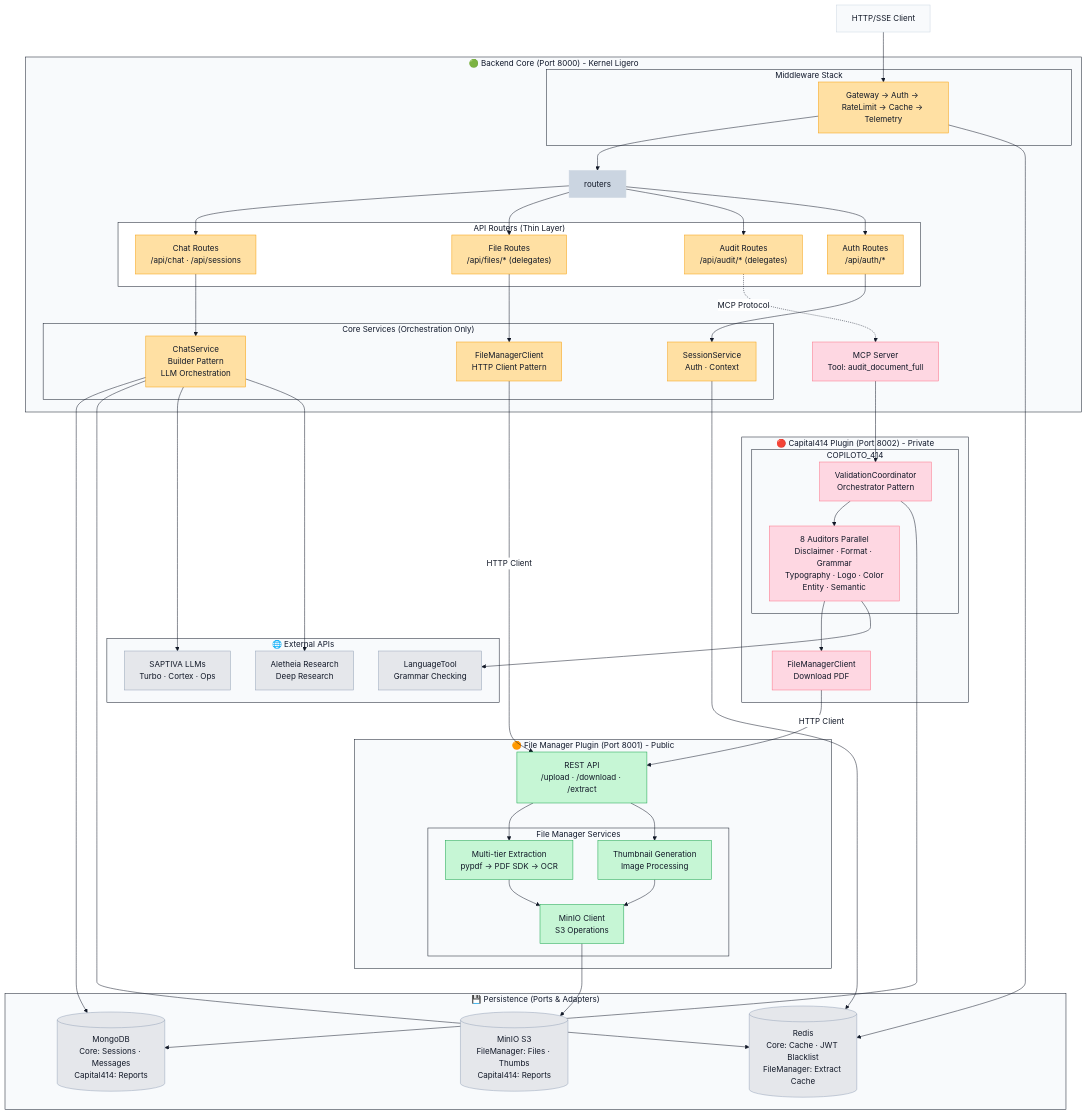
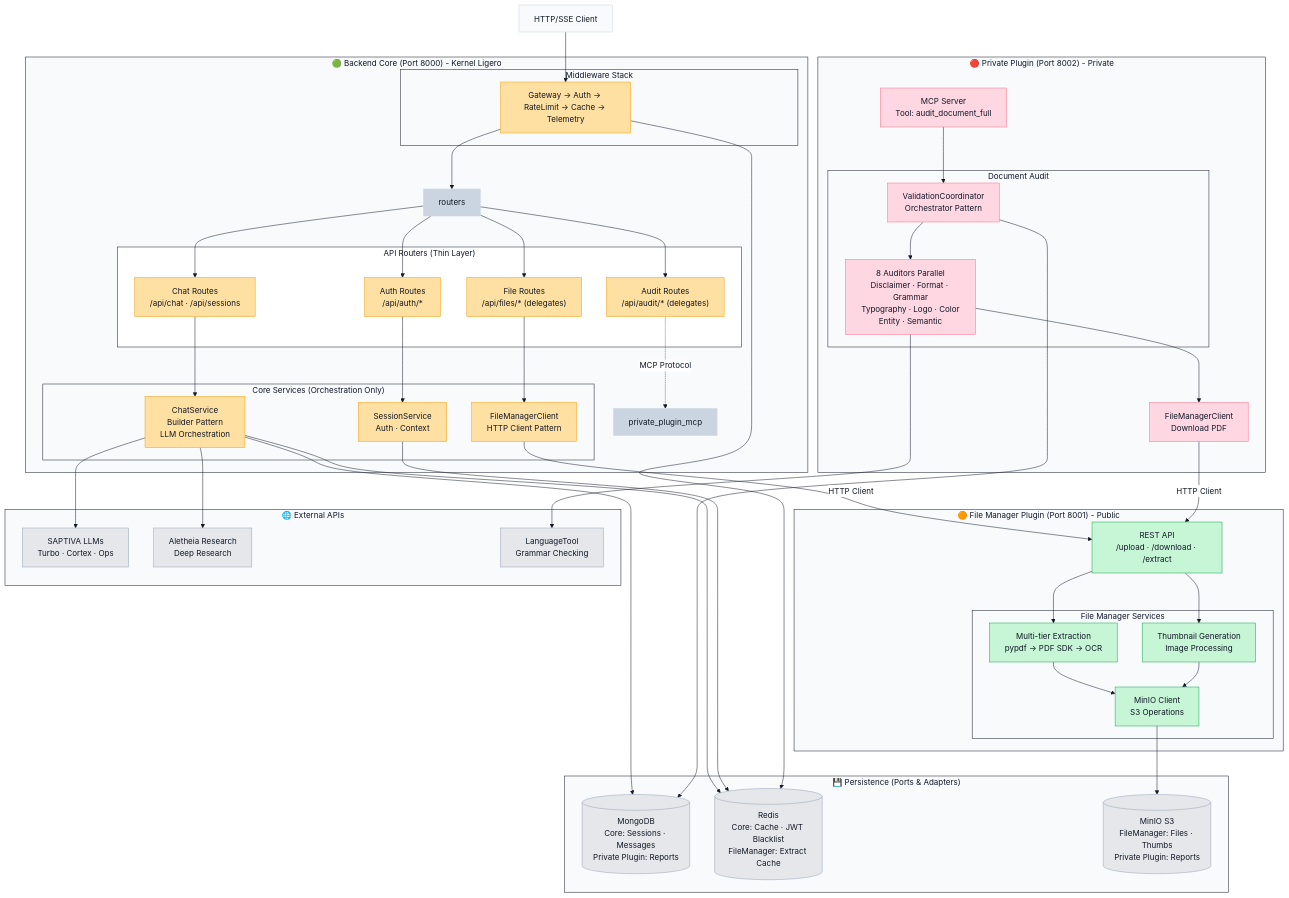
One commit to saptiva-ai/octavios-chat changed the sixth of 11 diagrams in README.md. Above: the diagram before and after it, drawn with Mermaid. The commit also changed other lines of this file, not shown here.

Commit message:
docs: replace capital414/COPILOTO_414 references with generic plugin-private naming

```diff
--- a/README.md
+++ b/README.md
@@ -912,7 +912,7 @@
 
         chat_r --> chat_svc
         files_r --> fm_client
-        audit_r -.->|"MCP Protocol"| capital414_mcp
+        audit_r -.->|"MCP Protocol"| private_plugin_mcp
         auth_r --> session_svc
     end
 
@@ -933,27 +933,27 @@
 
     fm_client -->|"HTTP Client"| fm_api
 
-    subgraph Capital414Plugin["🔴 Capital414 Plugin (Port 8002) - Private"]
-        capital414_mcp["MCP Server<br/>Tool: audit_document_full"]:::plugin_private
+    subgraph PrivatePlugin["🔴 Private Plugin (Port 8002) - Private"]
+        private_mcp["MCP Server<br/>Tool: audit_document_full"]:::plugin_private
 
-        subgraph COPILOTO["COPILOTO_414"]
+        subgraph AuditSystem["Document Audit"]
             validator["ValidationCoordinator<br/>Orchestrator Pattern"]:::plugin_private
             auditores["8 Auditors Parallel<br/>Disclaimer · Format · Grammar<br/>Typography · Logo · Color<br/>Entity · Semantic"]:::plugin_private
         end
 
-        c414_fm_client["FileManagerClient<br/>Download PDF"]:::plugin_private
+        private_fm_client["FileManagerClient<br/>Download PDF"]:::plugin_private
 
-        capital414_mcp --> validator
+        private_mcp --> validator
         validator --> auditores
-        auditores --> c414_fm_client
+        auditores --> private_fm_client
     end
 
-    c414_fm_client -->|"HTTP Client"| fm_api
+    private_fm_client -->|"HTTP Client"| fm_api
 
     subgraph Persistence["💾 Persistence (Ports & Adapters)"]
-        mongo[("MongoDB<br/>Core: Sessions · Messages<br/>Capital414: Reports")]:::infra
+        mongo[("MongoDB<br/>Core: Sessions · Messages<br/>Private Plugin: Reports")]:::infra
         redis[("Redis<br/>Core: Cache · JWT Blacklist<br/>FileManager: Extract Cache")]:::infra
-        minio[("MinIO S3<br/>FileManager: Files · Thumbs<br/>Capital414: Reports")]:::infra
+        minio[("MinIO S3<br/>FileManager: Files · Thumbs<br/>Private Plugin: Reports")]:::infra
     end
 
     chat_svc --> mongo
```
